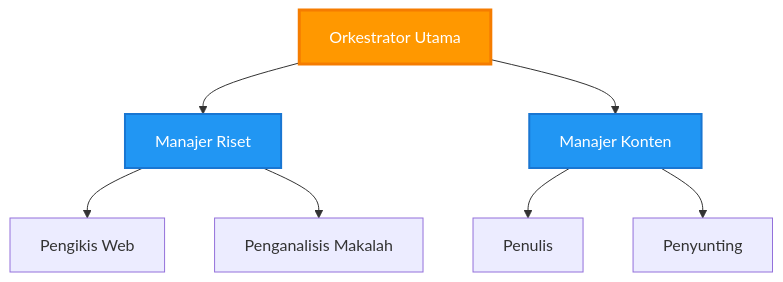
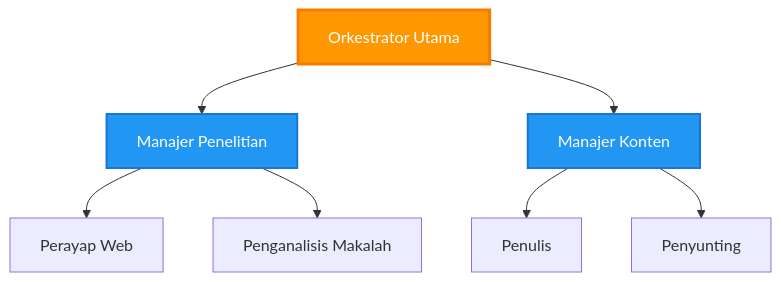
Before and after one commit to microsoft/AZD-for-beginners: the third of 6 diagrams in translations/id/docs/chapter-06-pre-deployment/coordination-patterns.md, drawn with Mermaid. The commit also changed other lines of this file and 101 other files, not shown here.

````diff
--- a/translations/id/docs/chapter-06-pre-deployment/coordination-patterns.md
+++ b/translations/id/docs/chapter-06-pre-deployment/coordination-patterns.md
@@ -149,21 +143,21 @@
 ```mermaid
 graph TB
     Master[Orkestrator Utama]
-    Manager1[Manajer Riset]
+    Manager1[Manajer Penelitian]
     Manager2[Manajer Konten]
-    W1[Pengikis Web]
+    W1[Perayap Web]
     W2[Penganalisis Makalah]
     W3[Penulis]
     W4[Penyunting]
     
     Master --> Manager1
     Master --> Manager2
     Manager1 --> W1
     Manager1 --> W2
     Manager2 --> W3
     Manager2 --> W4
     
     style Master fill:#FF9800,stroke:#F57C00,stroke-width:3px,color:#fff
     style Manager1 fill:#2196F3,stroke:#1976D2,stroke-width:2px,color:#fff
     style Manager2 fill:#2196F3,stroke:#1976D2,stroke-width:2px,color:#fff
 ```
````
